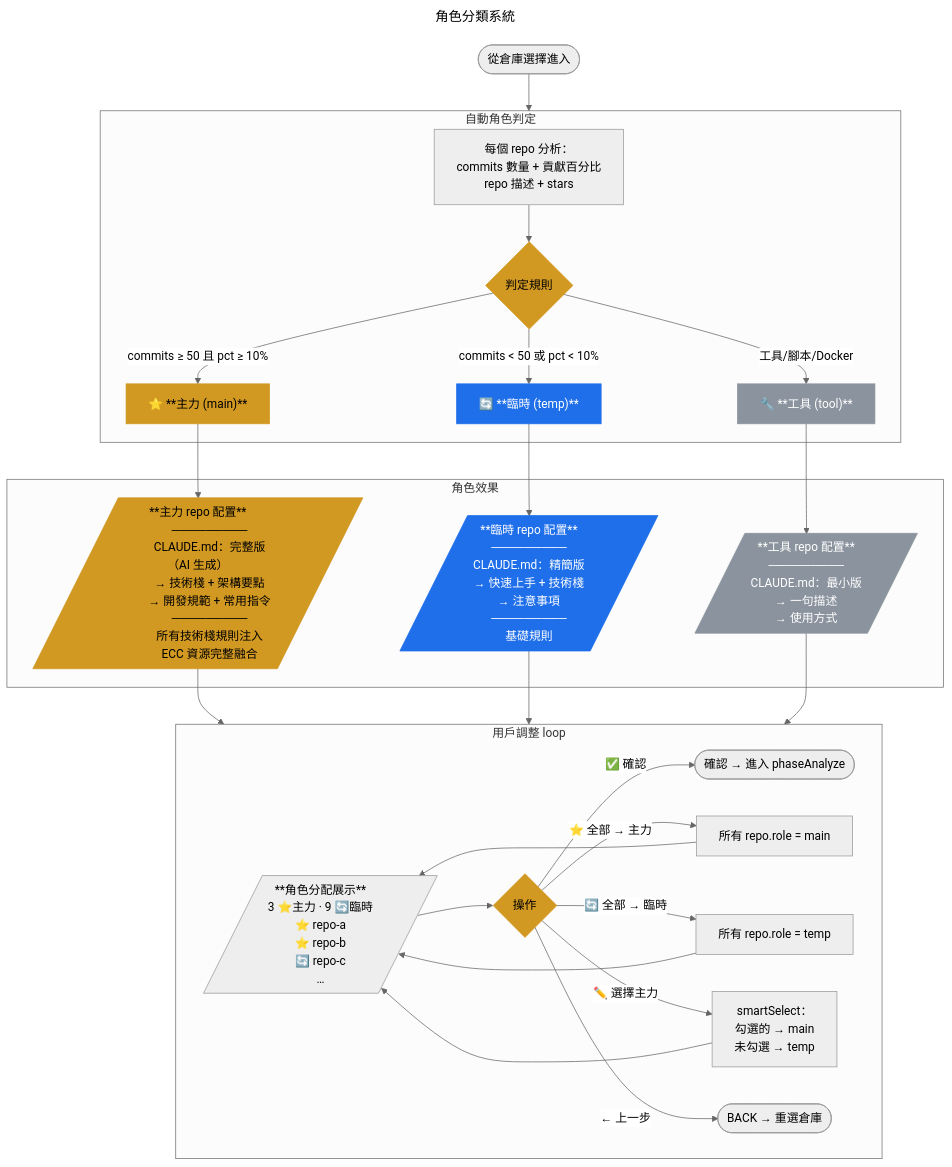
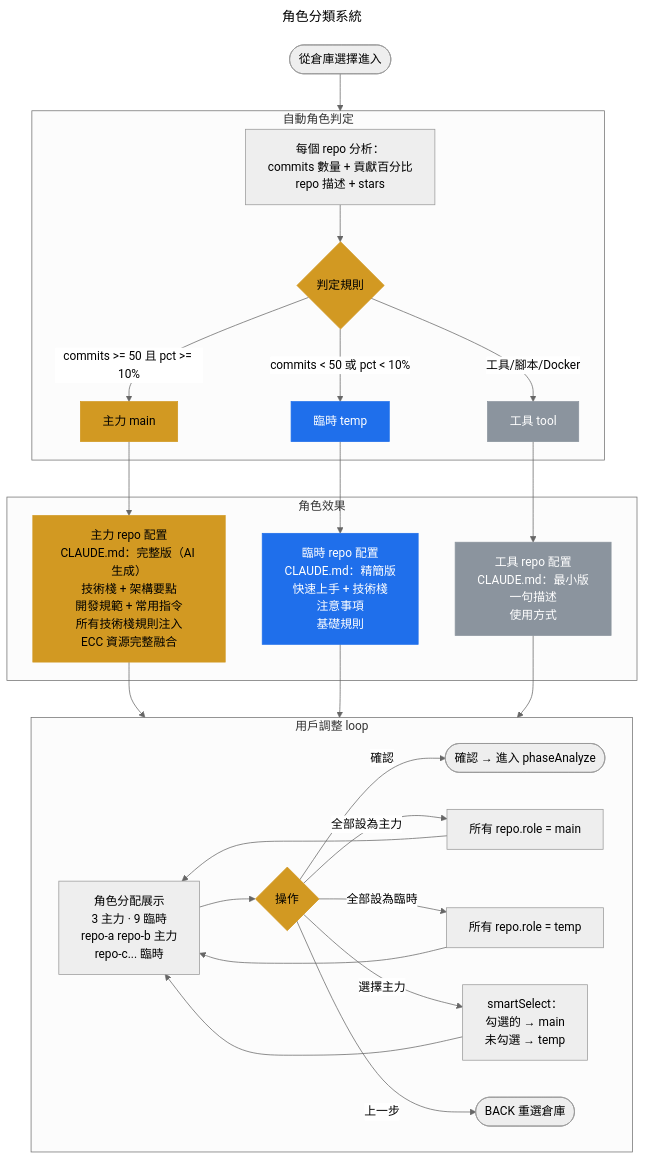
Before and after one commit to AlvinBian/ab-dotfiles: the diagram in docs/flows/role-system.mmd, drawn with Mermaid (neutral theme). The commit also changed 3 other files, not shown here.

First line of the commit message:
fix(flow): 剩餘 4 個 .mmd 語法修復（agent 完成）

```diff
--- a/docs/flows/role-system.mmd
+++ b/docs/flows/role-system.mmd
@@ -1,75 +1,49 @@
 ---
 title: 角色分類系統
 description: 自動分析 → 角色判定 → CLAUDE.md 生成策略 → 用戶調整
 links:
   - repo-select: 倉庫選擇
   - phase-execute: 安裝執行（CLAUDE.md 生成在 Step 5）
 ---
 flowchart TD
     Entry(["從倉庫選擇進入"]) --> Analyze
 
     subgraph Analyze ["自動角色判定"]
-        A1["每個 repo 分析：
-        commits 數量 + 貢獻百分比
-        repo 描述 + stars"]
-        A1 --> A2{判定規則}
-        A2 -->|"commits ≥ 50 且 pct ≥ 10%"| Main["⭐ **主力 (main)**"]
-        A2 -->|"commits < 50 或 pct < 10%"| Temp["🔄 **臨時 (temp)**"]
-        A2 -->|"工具/腳本/Docker"| Tool["🔧 **工具 (tool)**"]
+        A1["每個 repo 分析：<br/>commits 數量 + 貢獻百分比<br/>repo 描述 + stars"]
+        A1 --> A2{"判定規則"}
+        A2 -->|"commits >= 50 且 pct >= 10%"| Main["主力 main"]
+        A2 -->|"commits < 50 或 pct < 10%"| Temp["臨時 temp"]
+        A2 -->|"工具/腳本/Docker"| Tool["工具 tool"]
     end
 
     subgraph Effects ["角色效果"]
-        Main --> ME[/"**主力 repo 配置**
-        ─────────
-        CLAUDE.md：完整版（AI 生成）
-        → 技術棧 + 架構要點
-        → 開發規範 + 常用指令
-        ─────────
-        所有技術棧規則注入
-        ECC 資源完整融合"/]
+        Main --> ME["主力 repo 配置<br/>CLAUDE.md：完整版（AI 生成）<br/>技術棧 + 架構要點<br/>開發規範 + 常用指令<br/>所有技術棧規則注入<br/>ECC 資源完整融合"]
 
-        Temp --> TE[/"**臨時 repo 配置**
-        ─────────
-        CLAUDE.md：精簡版
-        → 快速上手 + 技術棧
-        → 注意事項
-        ─────────
-        基礎規則"/]
+        Temp --> TE["臨時 repo 配置<br/>CLAUDE.md：精簡版<br/>快速上手 + 技術棧<br/>注意事項<br/>基礎規則"]
 
-        Tool --> TLE[/"**工具 repo 配置**
-        ─────────
-        CLAUDE.md：最小版
-        → 一句描述
-        → 使用方式"/]
+        Tool --> TLE["工具 repo 配置<br/>CLAUDE.md：最小版<br/>一句描述<br/>使用方式"]
     end
 
     subgraph UserAdjust ["用戶調整 loop"]
-        U1[/"**角色分配展示**
-        3 ⭐主力 · 9 🔄臨時
-        ⭐ repo-a
-        ⭐ repo-b
-        🔄 repo-c
-        …"/]
-        U1 --> U2{操作}
-        U2 -->|"✅ 確認"| Confirmed([確認 → 進入 phaseAnalyze])
-        U2 -->|"⭐ 全部 → 主力"| U3["所有 repo.role = main"] --> U1
-        U2 -->|"🔄 全部 → 臨時"| U4["所有 repo.role = temp"] --> U1
-        U2 -->|"✏️ 選擇主力"| U5["smartSelect：
-        勾選的 → main
-        未勾選 → temp"] --> U1
-        U2 -->|"← 上一步"| Back([BACK → 重選倉庫])
+        U1["角色分配展示<br/>3 主力 · 9 臨時<br/>repo-a repo-b 主力<br/>repo-c... 臨時"]
+        U1 --> U2{"操作"}
+        U2 -->|"確認"| Confirmed([確認 → 進入 phaseAnalyze])
+        U2 -->|"全部設為主力"| U3["所有 repo.role = main"] --> U1
+        U2 -->|"全部設為臨時"| U4["所有 repo.role = temp"] --> U1
+        U2 -->|"選擇主力"| U5["smartSelect：<br/>勾選的 → main<br/>未勾選 → temp"] --> U1
+        U2 -->|"上一步"| Back([BACK 重選倉庫])
     end
 
     ME --> UserAdjust
     TE --> UserAdjust
     TLE --> UserAdjust
 
     classDef main fill:#d29922,color:#000,stroke:#d29922
     classDef temp fill:#1f6feb,color:#fff,stroke:#1f6feb
     classDef tool fill:#8b949e,color:#fff,stroke:#8b949e
     classDef decision fill:#d29922,color:#000,stroke:#d29922
 
     class Main,ME main
     class Temp,TE temp
     class Tool,TLE tool
     class A2,U2 decision
```
